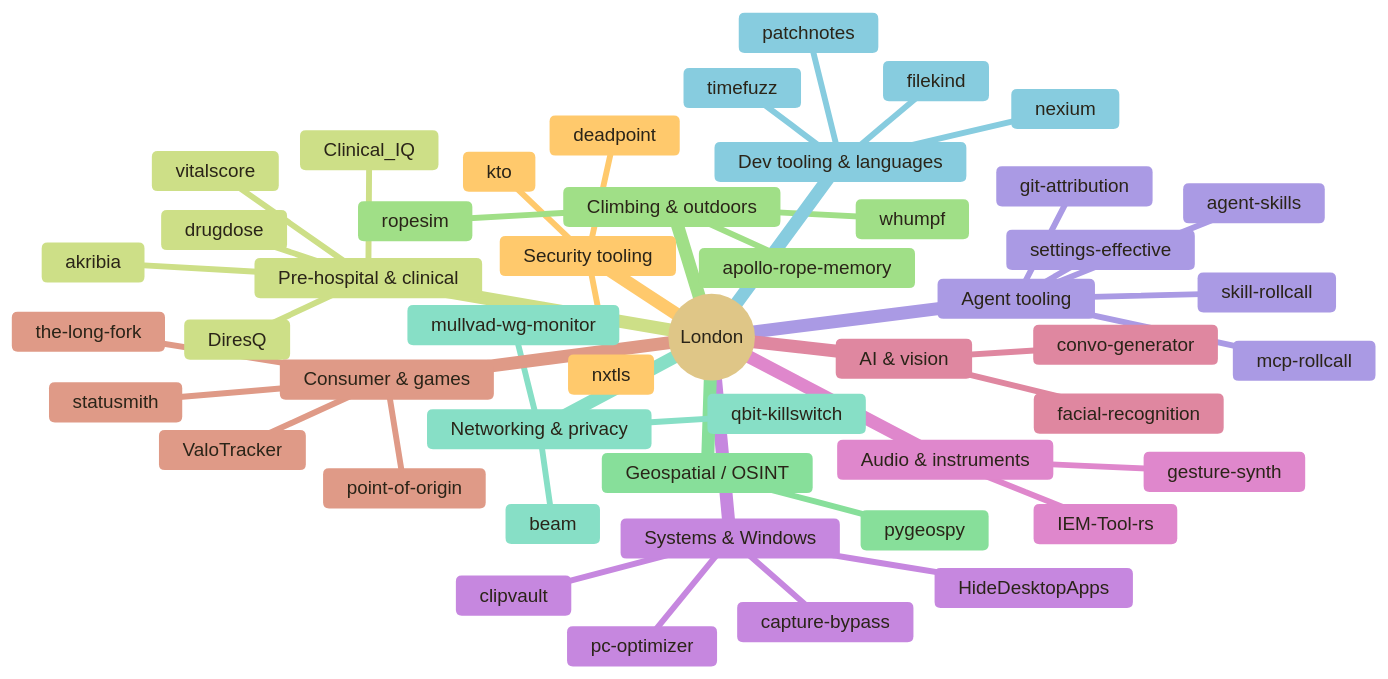
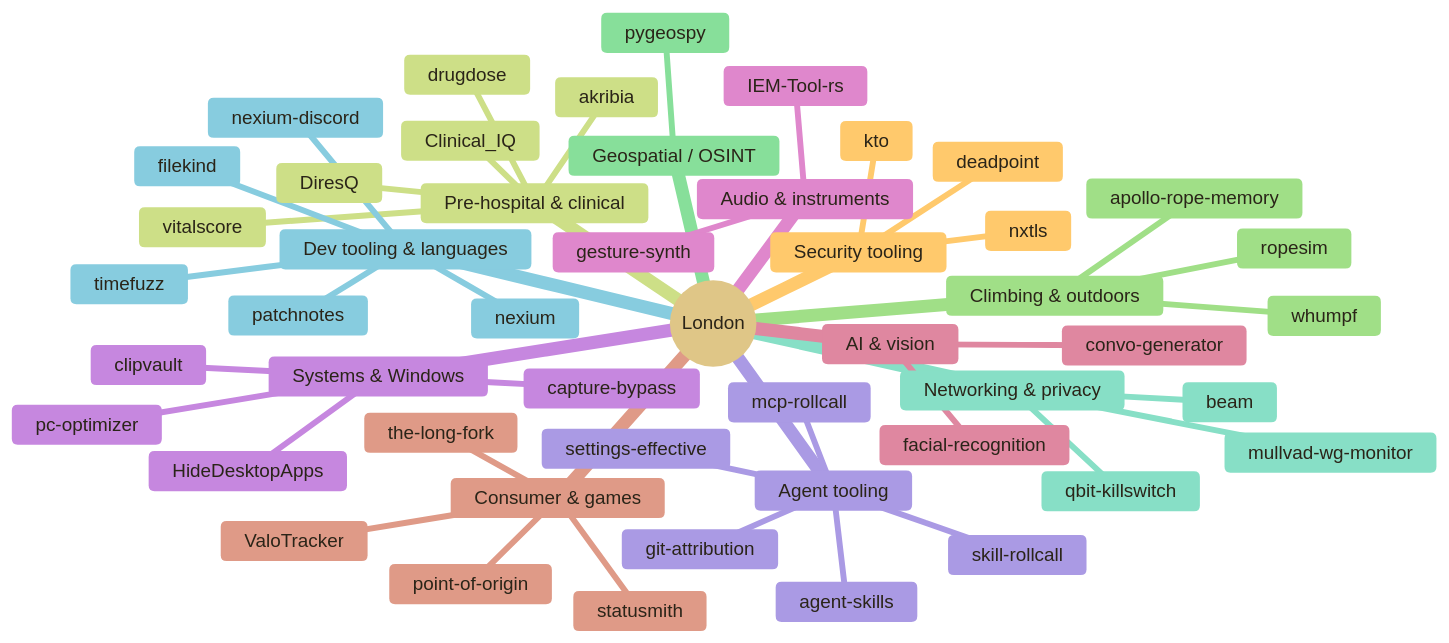
One commit to Londopy/Londopy changed the diagram in README.md. Above: the diagram before and after it, drawn with Mermaid. The commit also changed other lines of this file, not shown here.

First line of the commit message:
README: nexium-discord; DiresQ's blog post

````diff
--- a/README.md
+++ b/README.md
@@ -165,52 +168,53 @@
 ```mermaid
 %%{init: {'theme':'base','themeVariables':{'primaryColor':'#FAF6EC','primaryTextColor':'#2A2418','primaryBorderColor':'#7A5C3A','lineColor':'#7A5C3A','tertiaryColor':'#FFF8EC'}}}%%
 mindmap
   root((London))
     Systems & Windows
       capture-bypass
       HideDesktopApps
       clipvault
       pc-optimizer
     Security tooling
       kto
       deadpoint
       nxtls
     Pre-hospital & clinical
       drugdose
       vitalscore
       Clinical_IQ
       akribia
       DiresQ
     Climbing & outdoors
       ropesim
       whumpf
       apollo-rope-memory
     Geospatial / OSINT
       pygeospy
     Networking & privacy
       qbit-killswitch
       mullvad-wg-monitor
       beam
     Dev tooling & languages
       nexium
+      nexium-discord
       patchnotes
       timefuzz
       filekind
     Agent tooling
       agent-skills
       skill-rollcall
       mcp-rollcall
       settings-effective
       git-attribution
     Audio & instruments
       gesture-synth
       IEM-Tool-rs
     AI & vision
       facial-recognition
       convo-generator
     Consumer & games
       ValoTracker
       statusmith
       point-of-origin
       the-long-fork
 ```
````
